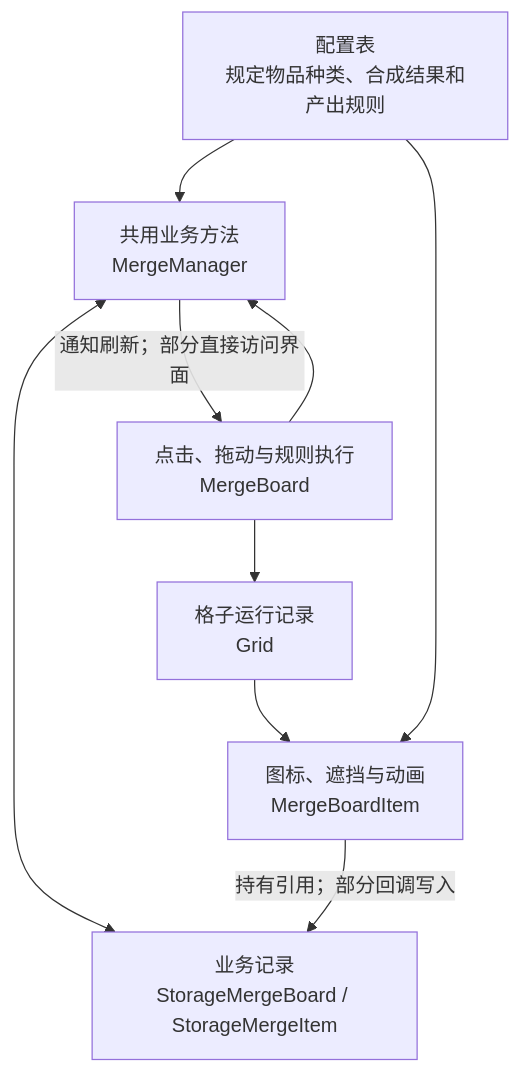
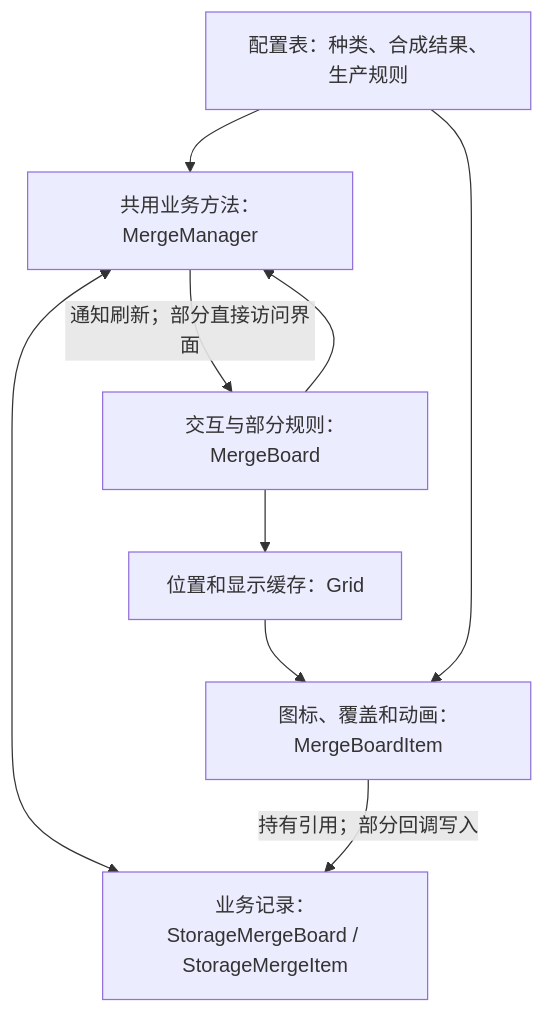
One commit to LIQIANGEASTSUN/MergeTwo changed the diagram in 参考项目/HappyMergeHome_1.0.80_APKPure_二合代码精简版/_分析实现方案/01_架构与数据模型.md. Above: the diagram before and after it, drawn with Mermaid. The commit also changed other lines of this file and 54 other files, not shown here.

```diff
--- a/参考项目/HappyMergeHome_1.0.80_APKPure_二合代码精简版/_分析实现方案/01_架构与数据模型.md
+++ b/参考项目/HappyMergeHome_1.0.80_APKPure_二合代码精简版/_分析实现方案/01_架构与数据模型.md
@@ -22,16 +37,16 @@
 ~~~mermaid
 flowchart TD
-  Config["配置表<br/>规定物品种类、合成结果和产出规则"]
-  Record["业务记录<br/>StorageMergeBoard / StorageMergeItem"]
-  Manager["共用业务方法<br/>MergeManager"]
-  Board["点击、拖动与规则执行<br/>MergeBoard"]
-  Grid["格子运行记录<br/>Grid"]
-  View["图标、遮挡与动画<br/>MergeBoardItem"]
+  Config["配置表：种类、合成结果、生产规则"]
+  Record["业务记录：StorageMergeBoard / StorageMergeItem"]
+  Manager["共用业务方法：MergeManager"]
+  Board["交互与部分规则：MergeBoard"]
+  Grid["位置和显示缓存：Grid"]
+  View["图标、覆盖和动画：MergeBoardItem"]
   Config --> Manager
   Config --> View
   Board --> Manager
   Manager <--> Record
   Board --> Grid --> View
   View -->|"持有引用；部分回调写入"| Record
   Manager -->|"通知刷新；部分直接访问界面"| Board
 ~~~
```
